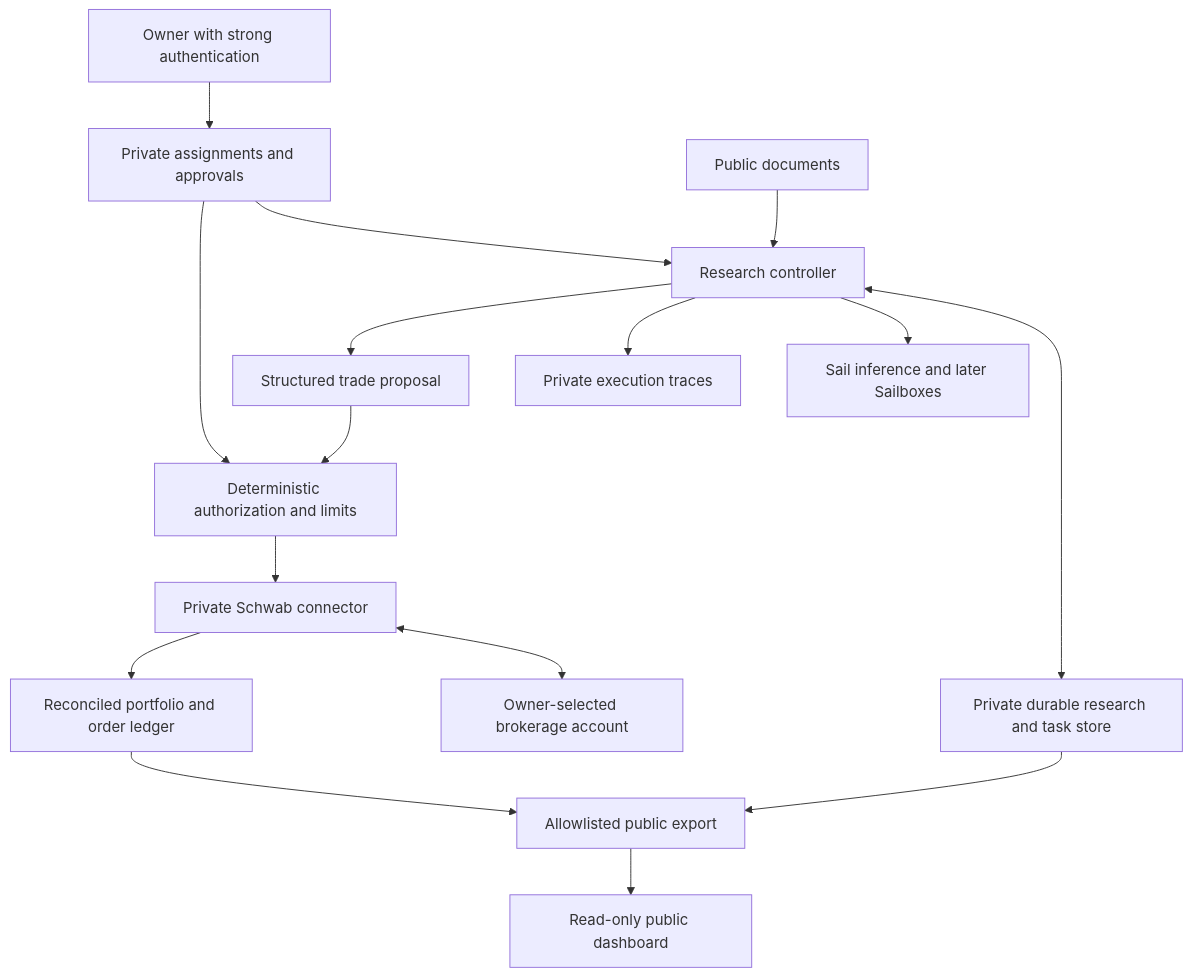
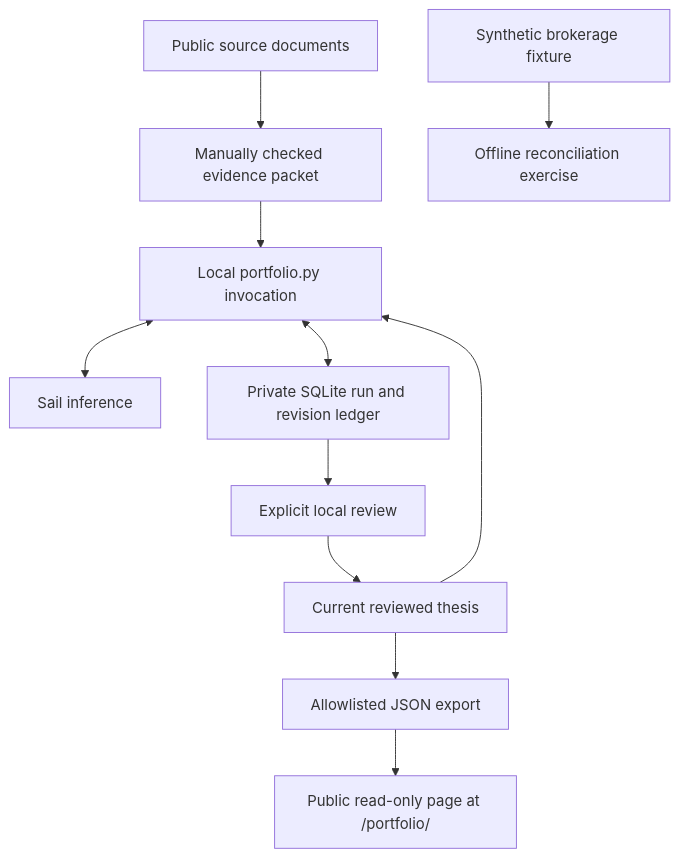
Before and after one commit to bwoods1998/long-term-capital-management: the diagram in docs/ARCHITECTURE.md, drawn with Mermaid. The commit also changed other lines of this file and 19 other files, not shown here.

Commit message:
Build persistent research V1 with reviewed evidence and cost accounting

````diff
--- a/docs/ARCHITECTURE.md
+++ b/docs/ARCHITECTURE.md
@@ -5,18 +7,13 @@
 ```mermaid
 flowchart TD
-    Owner[Owner with strong authentication] --> Control[Private assignments and approvals]
-    Control --> Research[Research controller]
-    Sources[Public documents] --> Research
-    Research <--> Store[Private durable research and task store]
-    Research --> Sail[Sail inference and later Sailboxes]
-    Research --> Traces[Private execution traces]
-    Research --> Proposal[Structured trade proposal]
-    Control --> Policy[Deterministic authorization and limits]
-    Proposal --> Policy
-    Policy --> Broker[Private Schwab connector]
-    Broker <--> Schwab[Owner-selected brokerage account]
-    Broker --> Ledger[Reconciled portfolio and order ledger]
-    Store --> Export[Allowlisted public export]
-    Ledger --> Export
-    Export --> Site[Read-only public dashboard]
+    Sources[Public source documents] --> Packet[Manually checked evidence packet]
+    Packet --> Research[Local portfolio.py invocation]
+    Research <--> Sail[Sail inference]
+    Research <--> Store[Private SQLite run and revision ledger]
+    Store --> Review[Explicit local review]
+    Review --> Head[Current reviewed thesis]
+    Head --> Research
+    Head --> Export[Allowlisted JSON export]
+    Export --> Site[Public read-only page at /portfolio/]
+    Fixture[Synthetic brokerage fixture] --> Demo[Offline reconciliation exercise]
 ```
````
